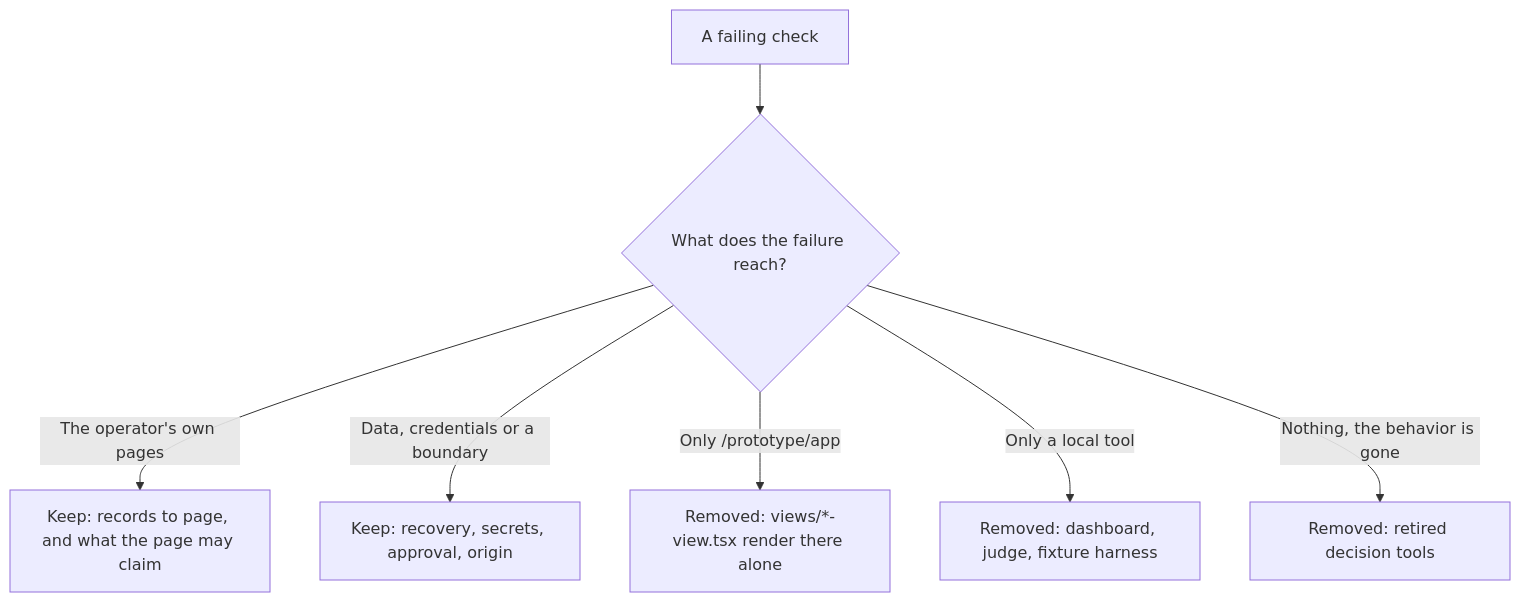
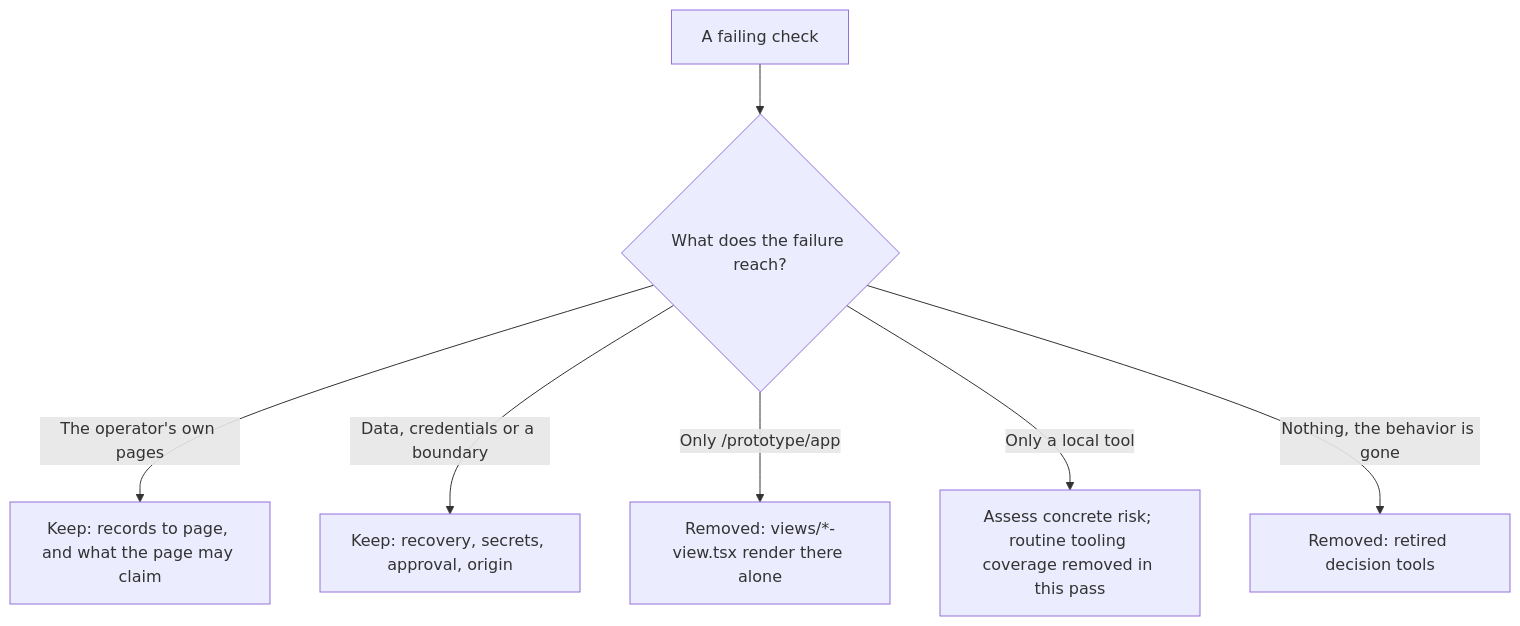
One commit to lustoykov/hallvi changed the diagram in docs/architecture/where-coverage-lives.md. Above: the diagram before and after it, drawn with Mermaid. The commit also changed other lines of this file and 1 other file, not shown here.

Commit message:
Clarify retained coverage and local tooling risk

````diff
--- a/docs/architecture/where-coverage-lives.md
+++ b/docs/architecture/where-coverage-lives.md
@@ -7,9 +8,9 @@
 ```mermaid
 flowchart TD
   A[A failing check] --> B{What does the failure reach?}
   B -->|The operator's own pages| C[Keep: records to page, and what the page may claim]
   B -->|Data, credentials or a boundary| D[Keep: recovery, secrets, approval, origin]
   B -->|Only /prototype/app| E[Removed: views/*-view.tsx render there alone]
-  B -->|Only a local tool| F[Removed: dashboard, judge, fixture harness]
+  B -->|Only a local tool| F[Assess concrete risk; routine tooling coverage removed in this pass]
   B -->|Nothing, the behavior is gone| G[Removed: retired decision tools]
 ```
````
